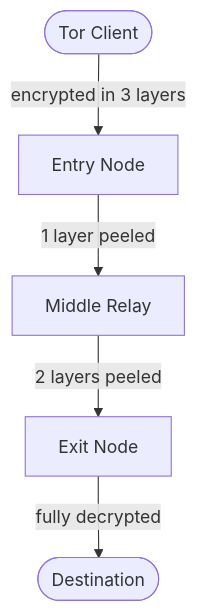
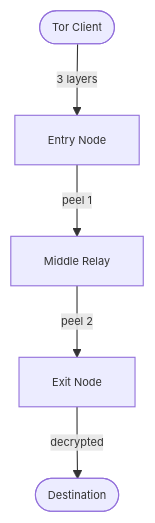
One commit to doikayt/admin changed the second of 3 diagrams in governance/commons-hub-pattern.md. Above: the diagram before and after it, drawn with Mermaid.

Commit message:
boxed diagram

````diff
--- a/governance/commons-hub-pattern.md
+++ b/governance/commons-hub-pattern.md
@@ -703,13 +703,14 @@
 ```mermaid
+%%{init: {"themeVariables": {"fontSize": "10px"}}}%%
 flowchart TD
     Client([Tor Client])
     Entry[Entry Node]
     Middle[Middle Relay]
     Exit[Exit Node]
     Dest([Destination])
 
-    Client -- "encrypted in 3 layers" --> Entry
-    Entry -- "1 layer peeled" --> Middle
-    Middle -- "2 layers peeled" --> Exit
-    Exit -- "fully decrypted" --> Dest
+    Client -- "3 layers" --> Entry
+    Entry -- "peel 1" --> Middle
+    Middle -- "peel 2" --> Exit
+    Exit -- "decrypted" --> Dest
 ```
````
